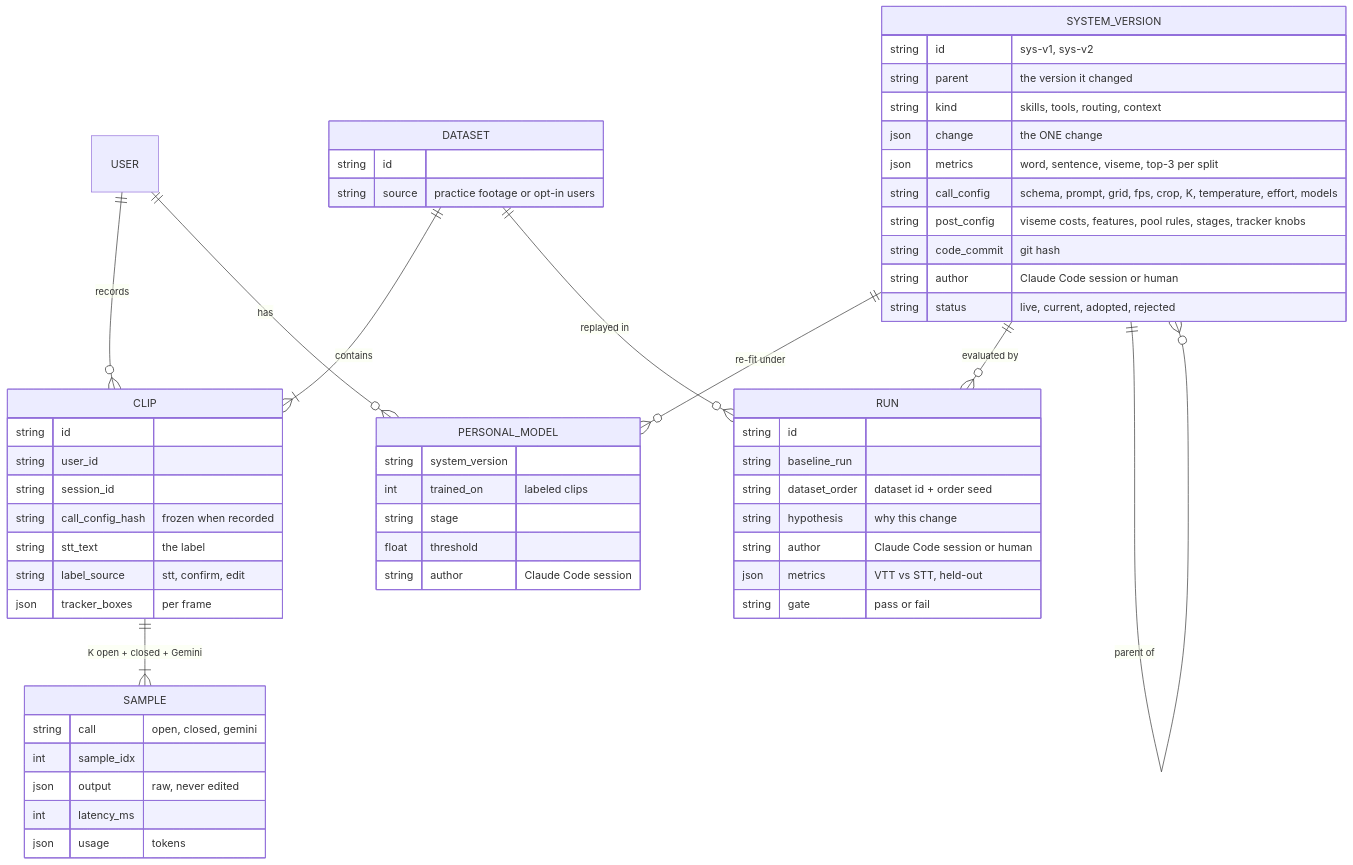
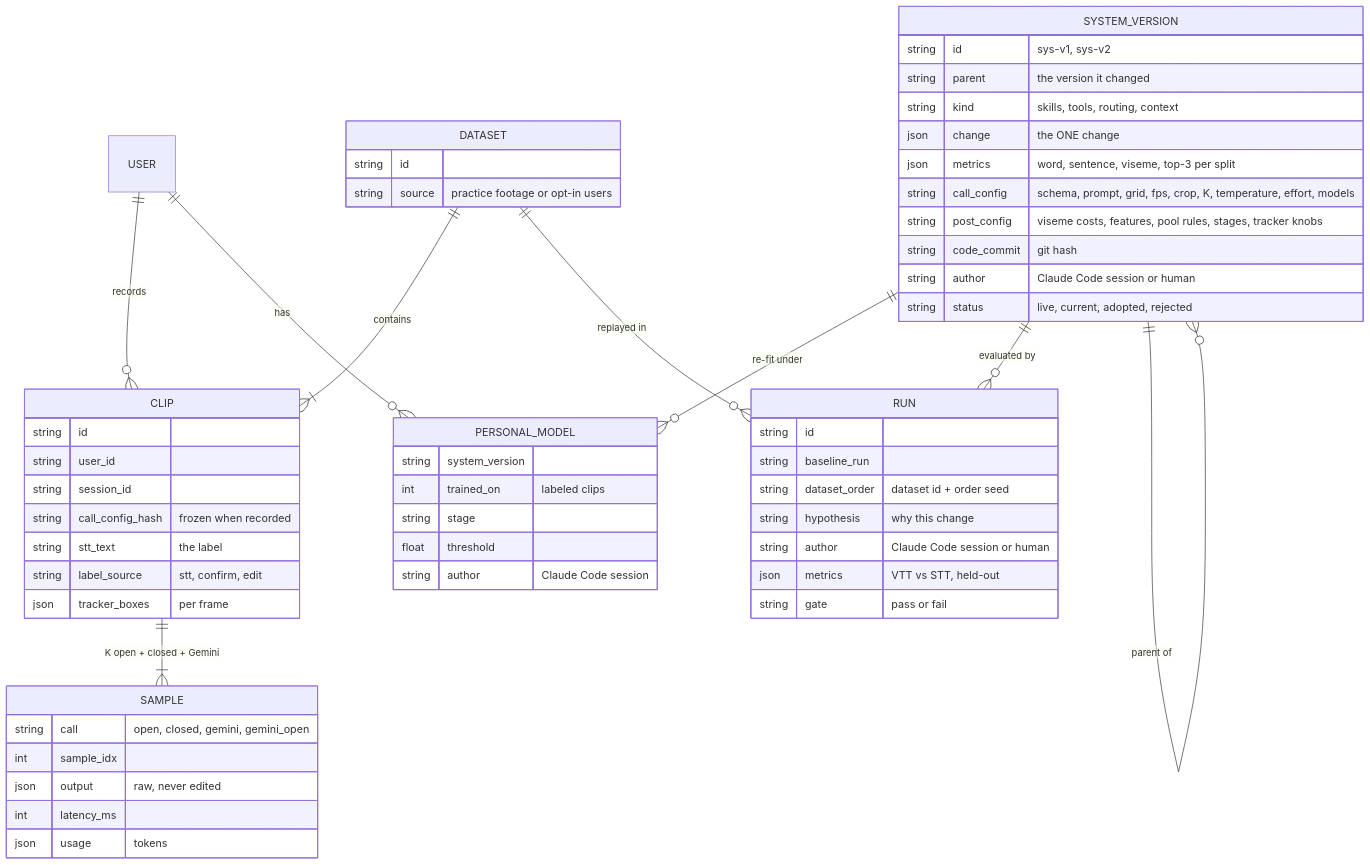
The sixth of 7 diagrams in docs/pipeline.md (Darijan-Ducic/badge-machine), drawn with Mermaid before and after one commit. The commit also changed other lines of this file, not shown here.

Commit message:
docs: pipeline runtime shows Gemini open samples pooled with Muse's

````diff
--- a/docs/pipeline.md
+++ b/docs/pipeline.md
@@ -183,60 +184,60 @@
 ```mermaid
 erDiagram
   USER ||--o{ CLIP : records
   DATASET ||--|{ CLIP : contains
   CLIP ||--|{ SAMPLE : "K open + closed + Gemini"
   USER ||--o{ PERSONAL_MODEL : has
   SYSTEM_VERSION ||--o{ PERSONAL_MODEL : "re-fit under"
   SYSTEM_VERSION ||--o{ RUN : "evaluated by"
   DATASET ||--o{ RUN : "replayed in"
 
   CLIP {
     string id
     string user_id
     string session_id
     string call_config_hash "frozen when recorded"
     string stt_text "the label"
     string label_source "stt, confirm, edit"
     json tracker_boxes "per frame"
   }
   SAMPLE {
-    string call "open, closed, gemini"
+    string call "open, closed, gemini, gemini_open"
     int sample_idx
     json output "raw, never edited"
     int latency_ms
     json usage "tokens"
   }
   SYSTEM_VERSION ||--o{ SYSTEM_VERSION : "parent of"
   SYSTEM_VERSION {
     string id "sys-v1, sys-v2"
     string parent "the version it changed"
     string kind "skills, tools, routing, context"
     json change "the ONE change"
     json metrics "word, sentence, viseme, top-3 per split"
     string call_config "schema, prompt, grid, fps, crop, K, temperature, effort, models"
     string post_config "viseme costs, features, pool rules, stages, tracker knobs"
     string code_commit "git hash"
     string author "Claude Code session or human"
     string status "live, current, adopted, rejected"
   }
   PERSONAL_MODEL {
     string system_version
     int trained_on "labeled clips"
     string stage
     float threshold
     string author "Claude Code session"
   }
   RUN {
     string id
     string baseline_run
     string dataset_order "dataset id + order seed"
     string hypothesis "why this change"
     string author "Claude Code session or human"
     json metrics "VTT vs STT, held-out"
     string gate "pass or fail"
   }
   DATASET {
     string id
     string source "practice footage or opt-in users"
   }
 ```
````
